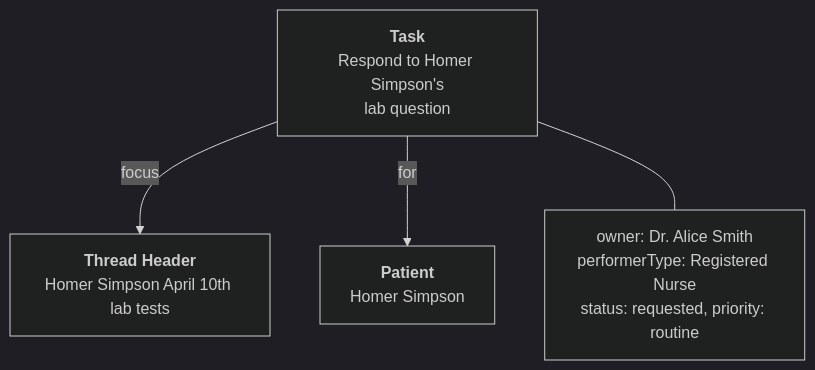
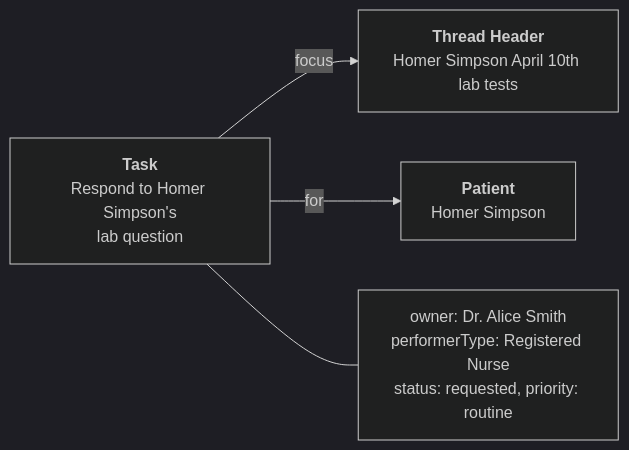
One commit to medplum/medplum changed the diagram in packages/docs/docs/communications/task-based-message-response-tracking-and-routing.mdx. Above: the diagram before and after it, drawn with Mermaid (dark theme). The commit also changed other lines of this file and 1 other file, not shown here.

````diff
--- a/packages/docs/docs/communications/task-based-message-response-tracking-and-routing.mdx
+++ b/packages/docs/docs/communications/task-based-message-response-tracking-and-routing.mdx
@@ -29,6 +29,6 @@
 ```mermaid
-flowchart TD
+flowchart LR
     Task["<b>Task</b><br/>Respond to Homer Simpson's<br/>lab question"] -->|"focus"| Comm["<b>Thread Header</b><br/>Homer Simpson April 10th lab tests"]
     Task -->|"for"| Patient["<b>Patient</b><br/>Homer Simpson"]
     Task --- Fields["owner: Dr. Alice Smith<br/>performerType: Registered Nurse<br/>status: requested, priority: routine"]
 ```
````
